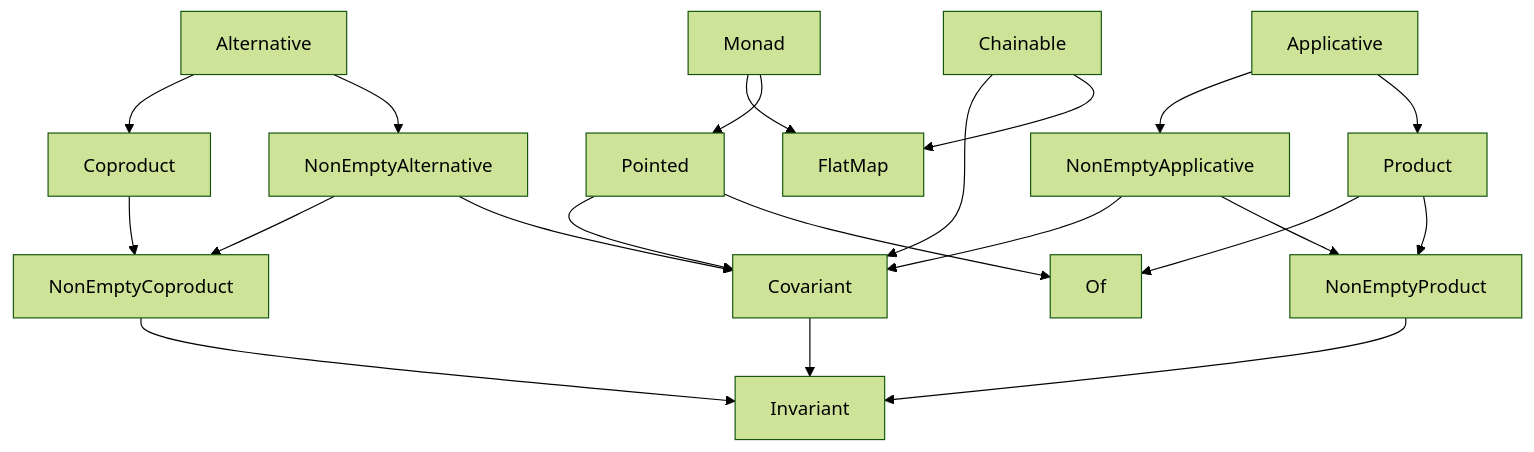
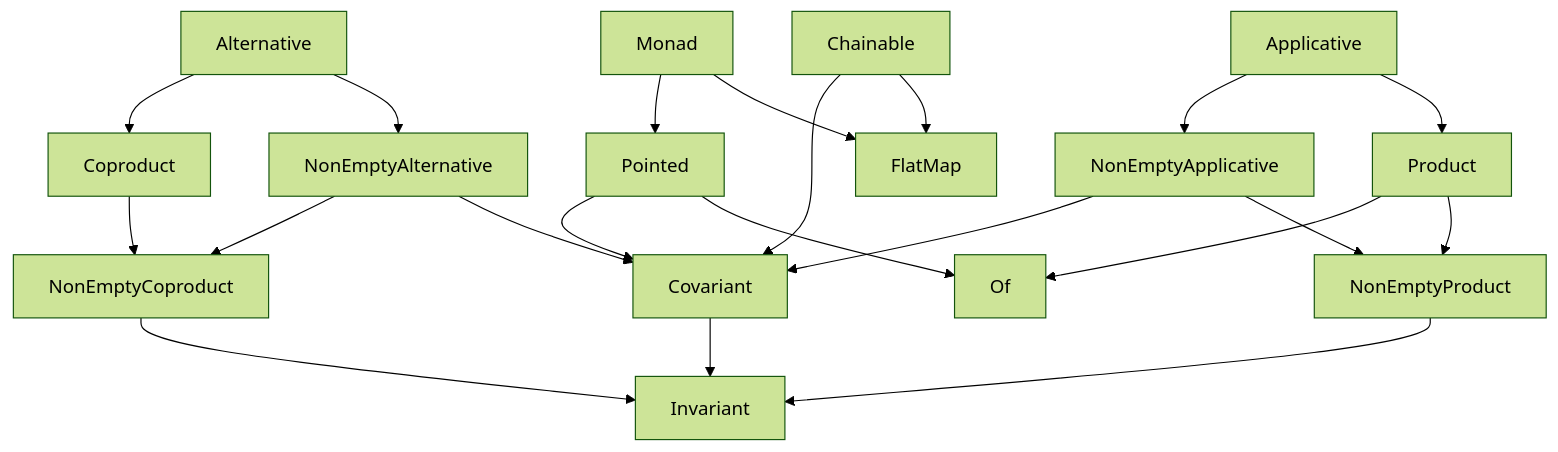
One commit to fp-ts/core changed the diagram in Overview.md. Above: the diagram before and after it, drawn with Mermaid (forest theme). The commit also changed other lines of this file, not shown here.

Commit message:
flip order in flowchart

````diff
--- a/Overview.md
+++ b/Overview.md
@@ -110,23 +110,23 @@
 ```mermaid
 flowchart TD
     Alternative --> NonEmptyAlternative
     Alternative --> Coproduct
     Applicative --> Product
     Coproduct --> NonEmptyCoproduct
     NonEmptyAlternative --> Covariant
     NonEmptyAlternative --> NonEmptyCoproduct
     NonEmptyApplicative --> NonEmptyProduct
     NonEmptyApplicative --> Covariant
     Applicative --> NonEmptyApplicative
     Chainable --> FlatMap
     Chainable ---> Covariant
+    Monad --> FlatMap
     Monad --> Pointed
-    Monad --> FlatMap
     Pointed --> Of
     Pointed --> Covariant
     Product --> NonEmptyProduct
     Product --> Of
     NonEmptyProduct --> Invariant
     Covariant --> Invariant
     NonEmptyCoproduct --> Invariant
 ```
````
